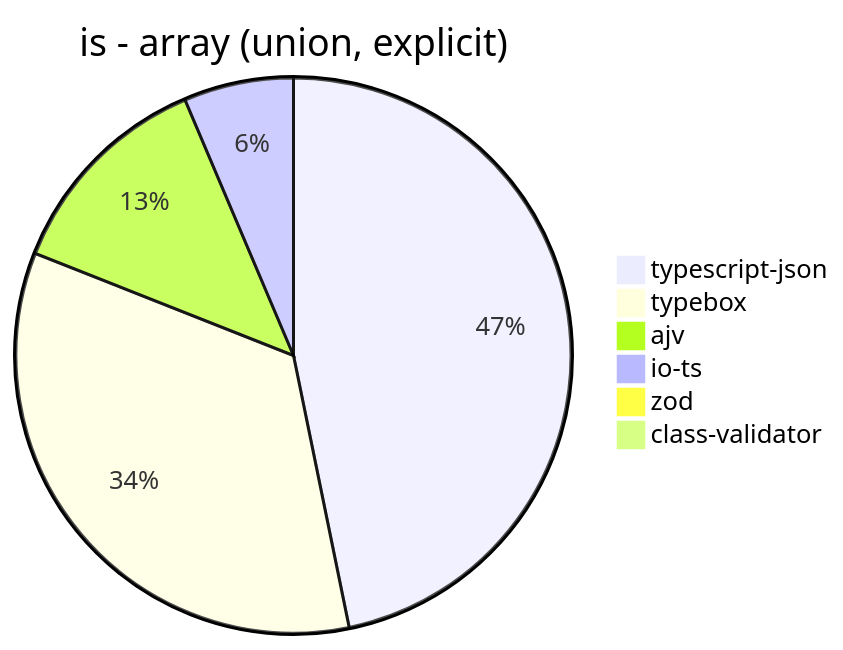
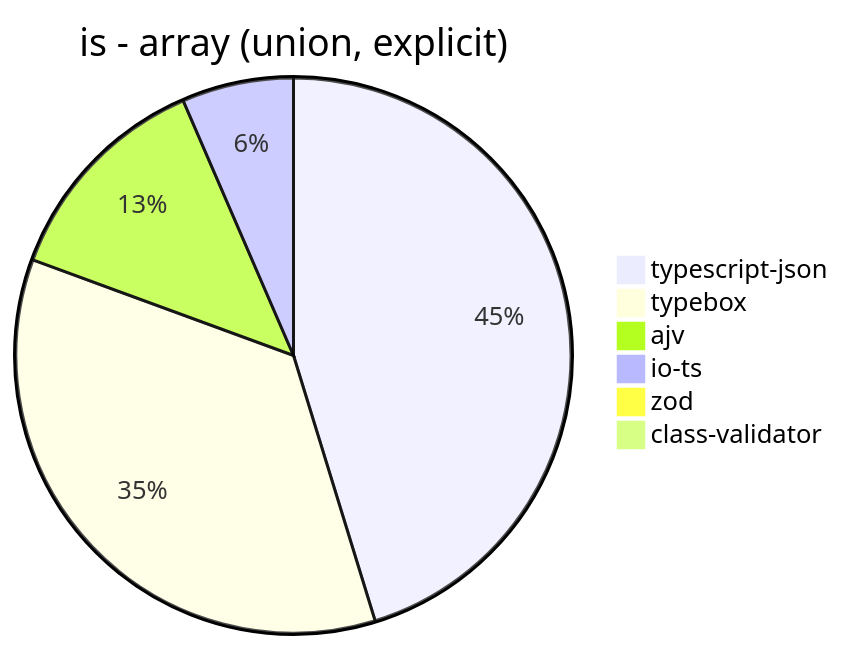
One commit to samchon/typia changed the sixth of 38 diagrams in benchmark/results/11th Gen Intel(R) Core(TM) i5-1135G7 @ 2.40GHz.md. Above: the diagram before and after it, drawn with Mermaid. The commit also changed other lines of this file and 364 other files, not shown here.

````diff
--- a/benchmark/results/11th Gen Intel(R) Core(TM) i5-1135G7 @ 2.40GHz.md
+++ b/benchmark/results/11th Gen Intel(R) Core(TM) i5-1135G7 @ 2.40GHz.md
@@ -76,9 +76,9 @@
 ```mermaid
 pie title is - array (union, explicit)
-  "typescript-json": 2627.5584795321633
-  "typebox": 1921.0139603232917
-  "ajv": 709.0032154340836
-  "io-ts": 358.6614901090775
-  "zod": 2.833931607783865
-  "class-validator": 7.951533510034078
+  "typescript-json": 2534.959349593496
+  "typebox": 1980.1557863501482
+  "ajv": 722.8320526893523
+  "io-ts": 364.2618073633321
+  "zod": 2.838758516275549
+  "class-validator": 7.782839787395597
 ```
````
